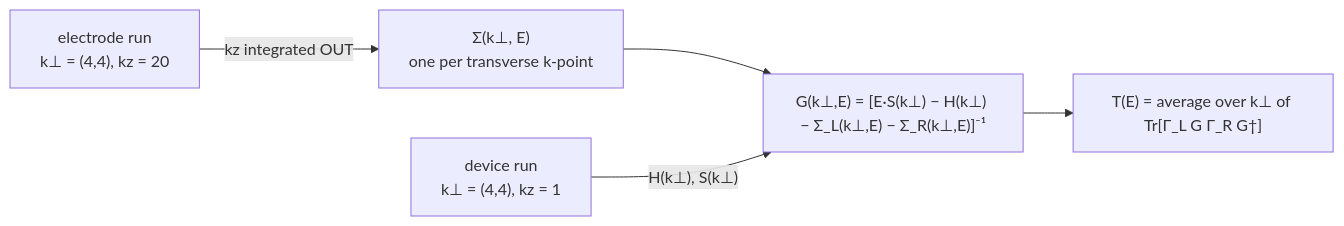
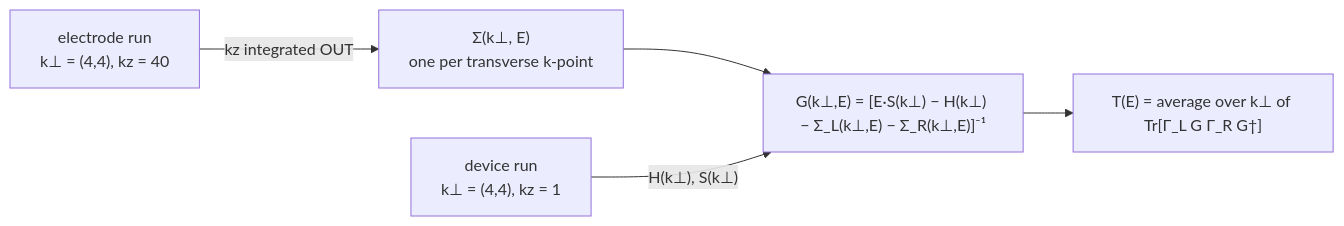
Before and after one commit to Qing-LAB/molbuilder: the fourth of 11 diagrams in docs/engines/transport.md, drawn with Mermaid. The commit also changed other lines of this file and 61 other files, not shown here.

````diff
--- a/docs/engines/transport.md
+++ b/docs/engines/transport.md
@@ -159,7 +154,7 @@
 ```mermaid
 flowchart LR
-    E["electrode run<br/>k⊥ = (4,4), kz = 20"] -->|"kz integrated OUT"| SE["Σ(k⊥, E)<br/>one per transverse k-point"]
+    E["electrode run<br/>k⊥ = (4,4), kz = 40"] -->|"kz integrated OUT"| SE["Σ(k⊥, E)<br/>one per transverse k-point"]
     SE --> G["G(k⊥,E) = [E·S(k⊥) − H(k⊥) − Σ_L(k⊥,E) − Σ_R(k⊥,E)]⁻¹"]
     DEV["device run<br/>k⊥ = (4,4), kz = 1"] -->|"H(k⊥), S(k⊥)"| G
     G --> TK["T(E) = average over k⊥ of Tr[Γ_L G Γ_R G†]"]
 ```
````
